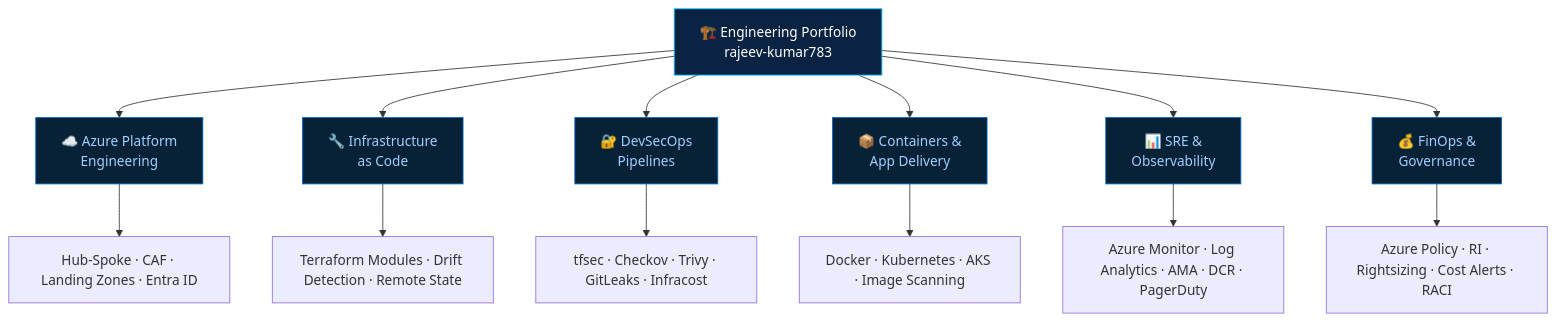
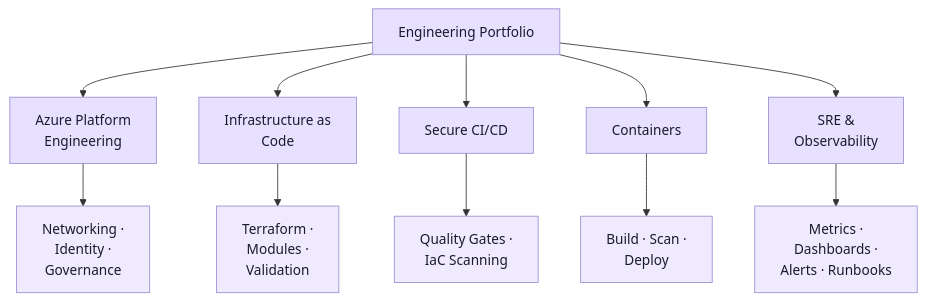
Before and after one commit to rajeev-kumar783/rajeev-kumar783: the diagram in README.md, drawn with Mermaid. The commit also changed other lines of this file and 26 other files, not shown here.

````diff
--- a/README.md
+++ b/README.md
@@ -59,24 +59,26 @@
 ```mermaid
-flowchart TB
-    A["🏗️ Engineering Portfolio<br/>rajeev-kumar783"] --> B["☁️ Azure Platform<br/>Engineering"]
-    A --> C["🔧 Infrastructure<br/>as Code"]
-    A --> D["🔐 DevSecOps<br/>Pipelines"]
-    A --> E["📦 Containers &<br/>App Delivery"]
-    A --> F["📊 SRE &<br/>Observability"]
-    A --> G["💰 FinOps &<br/>Governance"]
+graph TD
+    A["Engineering Portfolio"] --> B["Azure Platform<br/>Engineering"]
+    A --> C["Infrastructure as<br/>Code"]
+    A --> D["Secure CI/CD"]
+    A --> E["Containers"]
+    A --> F["SRE &<br/>Observability"]
 
-    B --> H["Hub-Spoke · CAF · Landing Zones · Entra ID"]
-    C --> I["Terraform Modules · Drift Detection · Remote State"]
-    D --> J["tfsec · Checkov · Trivy · GitLeaks · Infracost"]
-    E --> K["Docker · Kubernetes · AKS · Image Scanning"]
-    F --> L["Azure Monitor · Log Analytics · AMA · DCR · PagerDuty"]
-    G --> M["Azure Policy · RI · Rightsizing · Cost Alerts · RACI"]
+    B --> G["Networking ·<br/>Identity ·<br/>Governance"]
+    C --> H["Terraform ·<br/>Modules ·<br/>Validation"]
+    D --> I["Quality Gates ·<br/>IaC Scanning"]
+    E --> J["Build · Scan ·<br/>Deploy"]
+    F --> K["Metrics ·<br/>Dashboards ·<br/>Alerts · Runbooks"]
 
-    style A fill:#0A2342,stroke:#00C8FF,color:#ffffff
-    style B fill:#072136,stroke:#0066CC,color:#a0cfff
-    style C fill:#072136,stroke:#0066CC,color:#a0cfff
-    style D fill:#072136,stroke:#0066CC,color:#a0cfff
-    style E fill:#072136,stroke:#0066CC,color:#a0cfff
-    style F fill:#072136,stroke:#0066CC,color:#a0cfff
-    style G fill:#072136,stroke:#0066CC,color:#a0cfff
+    style A fill:#E8E0FF,stroke:#9B8FD4,color:#1a1a2e
+    style B fill:#E8E0FF,stroke:#9B8FD4,color:#1a1a2e
+    style C fill:#E8E0FF,stroke:#9B8FD4,color:#1a1a2e
+    style D fill:#E8E0FF,stroke:#9B8FD4,color:#1a1a2e
+    style E fill:#E8E0FF,stroke:#9B8FD4,color:#1a1a2e
+    style F fill:#E8E0FF,stroke:#9B8FD4,color:#1a1a2e
+    style G fill:#F0EAFF,stroke:#9B8FD4,color:#1a1a2e
+    style H fill:#F0EAFF,stroke:#9B8FD4,color:#1a1a2e
+    style I fill:#F0EAFF,stroke:#9B8FD4,color:#1a1a2e
+    style J fill:#F0EAFF,stroke:#9B8FD4,color:#1a1a2e
+    style K fill:#F0EAFF,stroke:#9B8FD4,color:#1a1a2e
 ```
````
